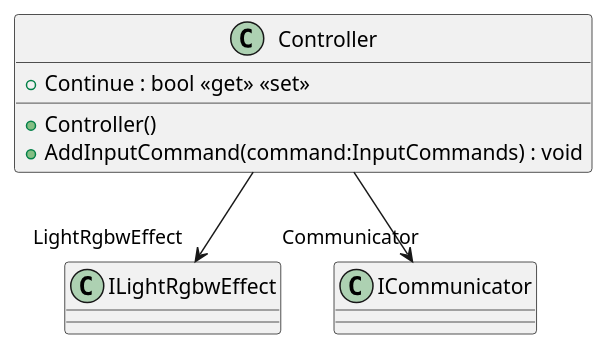
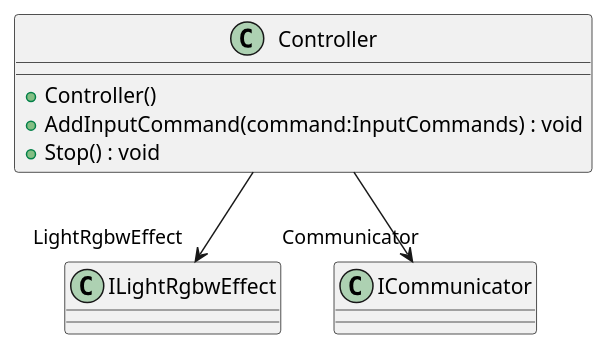
One commit to leo-tasso/VolumeKsharp changed the diagram in UML/VolumeKsharp/Controller.puml. Above: the diagram before and after it, drawn with PlantUML. The commit also changed 7 other files, not shown here.

Commit message:
Add UML diagrams

```diff
--- a/UML/VolumeKsharp/Controller.puml
+++ b/UML/VolumeKsharp/Controller.puml
@@ -1,9 +1,9 @@
 @startuml
 class Controller {
     + Controller()
-    + Continue : bool <<get>> <<set>>
     + AddInputCommand(command:InputCommands) : void
+    + Stop() : void
 }
 Controller --> "LightRgbwEffect" ILightRgbwEffect
 Controller --> "Communicator" ICommunicator
 @enduml
```
